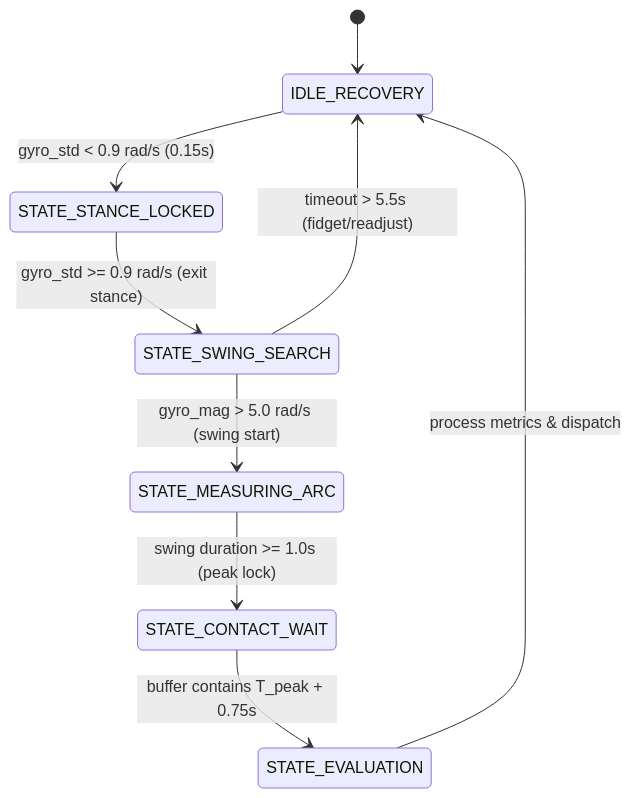
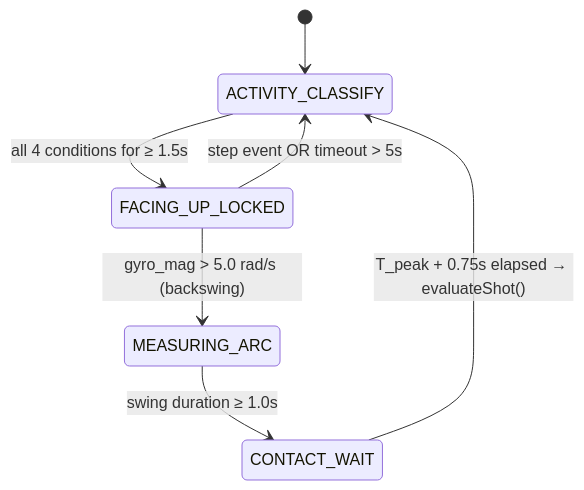
One commit to mrpeel/CricketBattingTracker changed the second of 2 diagrams in .agents/ARCHITECTURE.md. Above: the diagram before and after it, drawn with Mermaid. The commit also changed other lines of this file and 9 other files, not shown here.

````diff
--- a/.agents/ARCHITECTURE.md
+++ b/.agents/ARCHITECTURE.md
@@ -39,11 +39,9 @@
 ```mermaid
 stateDiagram-v2
-    [*] --> IDLE_RECOVERY
-    IDLE_RECOVERY --> STATE_STANCE_LOCKED : gyro_std < 0.9 rad/s (0.15s)
-    STATE_STANCE_LOCKED --> STATE_SWING_SEARCH : gyro_std >= 0.9 rad/s (exit stance)
-    STATE_SWING_SEARCH --> STATE_MEASURING_ARC : gyro_mag > 5.0 rad/s (swing start)
-    STATE_SWING_SEARCH --> IDLE_RECOVERY : timeout > 5.5s (fidget/readjust)
-    STATE_MEASURING_ARC --> STATE_CONTACT_WAIT : swing duration >= 1.0s (peak lock)
-    STATE_CONTACT_WAIT --> STATE_EVALUATION : buffer contains T_peak + 0.75s
-    STATE_EVALUATION --> IDLE_RECOVERY : process metrics & dispatch
+    [*] --> ACTIVITY_CLASSIFY
+    ACTIVITY_CLASSIFY --> FACING_UP_LOCKED : all 4 conditions for ≥ 1.5s
+    FACING_UP_LOCKED --> ACTIVITY_CLASSIFY : step event OR timeout > 5s
+    FACING_UP_LOCKED --> MEASURING_ARC : gyro_mag > 5.0 rad/s (backswing)
+    MEASURING_ARC --> CONTACT_WAIT : swing duration ≥ 1.0s
+    CONTACT_WAIT --> ACTIVITY_CLASSIFY : T_peak + 0.75s elapsed → evaluateShot()
 ```
````
